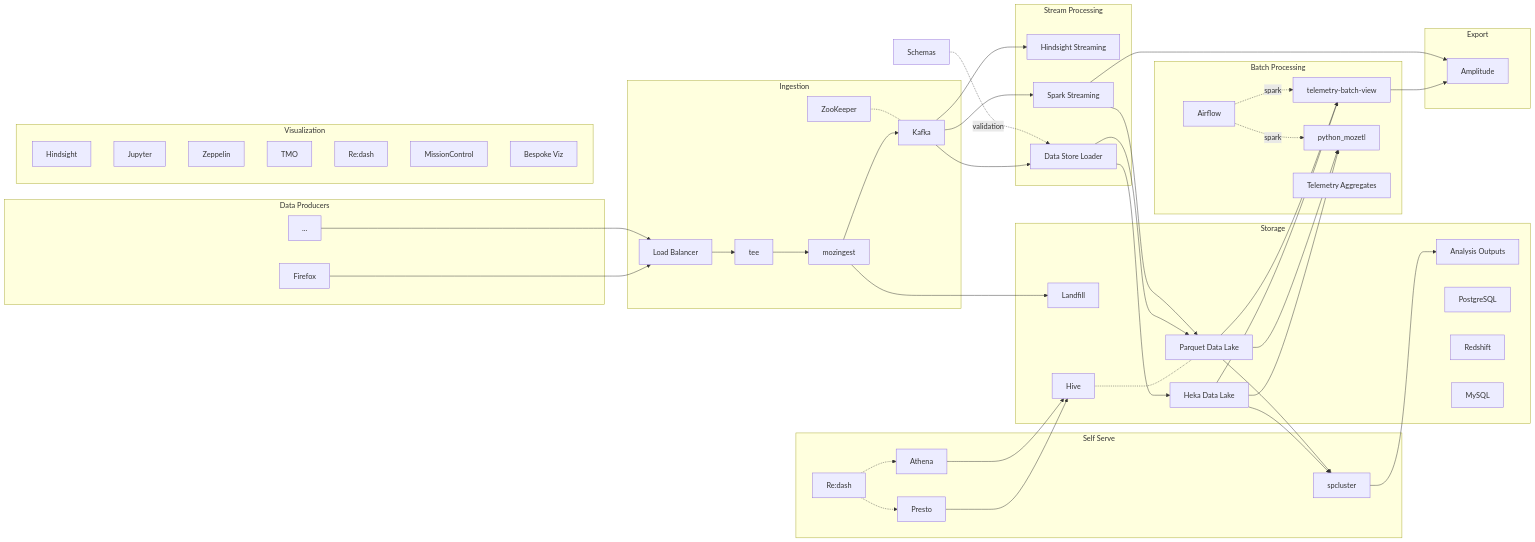
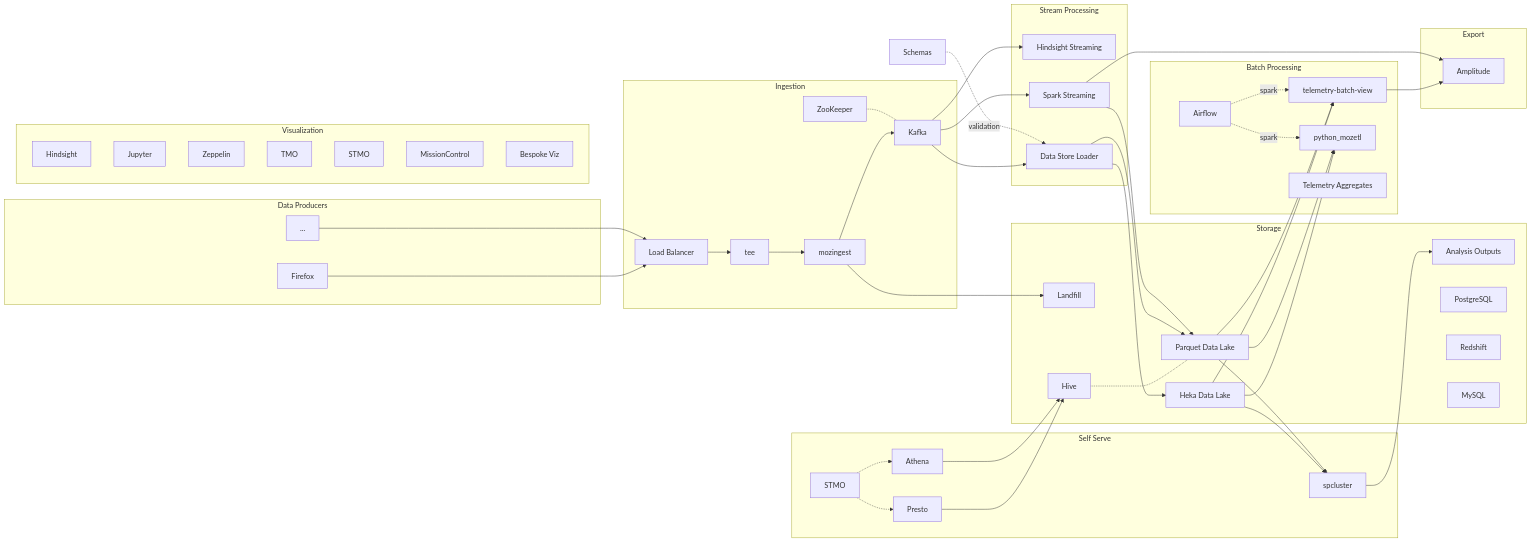
One commit to mozilla/data-docs changed the sixth of 6 diagrams in src/concepts/pipeline/data_pipeline_detail.md. Above: the diagram before and after it, drawn with Mermaid. The commit also changed other lines of this file and 30 other files, not shown here.

Commit message:
Rename re:dash to STMO for clarity.

````diff
--- a/src/concepts/pipeline/data_pipeline_detail.md
+++ b/src/concepts/pipeline/data_pipeline_detail.md
@@ -294,67 +294,67 @@
 ```mermaid
 graph LR
  subgraph Data Producers
   Firefox
   more_producers[...]
  end
  subgraph Storage
   Landfill
   warehouse_heka[Heka Data Lake]
   warehouse_parquet[Parquet Data Lake]
   warehouse_analysis[Analysis Outputs]
   PostgreSQL
   Redshift
   MySQL
   hive[Hive] -.- warehouse_parquet
  end
  subgraph Stream Processing
   cep[Hindsight Streaming]
   dwl[Data Store Loader] --> warehouse_heka
   dwl --> warehouse_parquet
   sparkstreaming[Spark Streaming] --> warehouse_parquet
  end
  subgraph Ingestion
   Firefox --> lb[Load Balancer]
   more_producers --> lb
   lb --> tee
   tee --> mozingest
   mozingest --> kafka
   mozingest --> Landfill
   ZooKeeper -.- kafka[Kafka]
   kafka --> dwl
   kafka --> cep
   kafka --> sparkstreaming
  end
  subgraph Batch Processing
   Airflow -.->|spark|tbv[telemetry-batch-view]
   Airflow -.->|spark|python_mozetl
   warehouse_heka --> tbv
   warehouse_parquet --> tbv
   warehouse_heka --> python_mozetl
   warehouse_parquet --> python_mozetl
   tmo_agg[Telemetry Aggregates]
  end
  subgraph Visualization
   Hindsight
   Jupyter
   Zeppelin
   TMO
-  redash_graphs[Re:dash]
+  redash_graphs[STMO]
   MissionControl
   bespoke_viz[Bespoke Viz]
  end
  subgraph Export
   tbv --> Amplitude
   sparkstreaming --> Amplitude
  end
  subgraph Self Serve
-  redash[Re:dash] -.-> Presto
+  redash[STMO] -.-> Presto
   Presto --> hive
   redash -.-> Athena
   Athena --> hive
   warehouse_heka --> spcluster
   warehouse_parquet --> spcluster
   spcluster --> warehouse_analysis
  end
  Schemas -.->|validation| dwl
 ```
````
